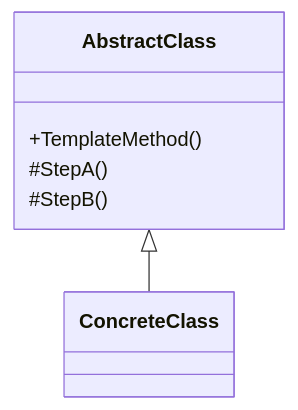
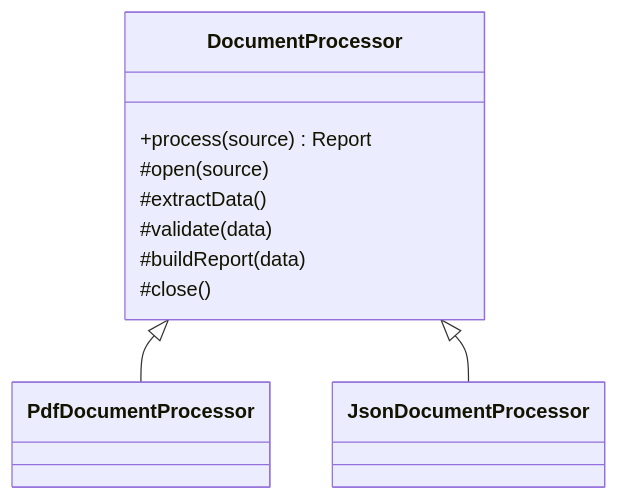
One commit to Kert0n/KPO changed the fifth of 9 diagrams in lectures/Lec5/vitepress.md. Above: the diagram before and after it, drawn with Mermaid. The commit also changed other lines of this file and 9 other files, not shown here.

````diff
--- a/lectures/Lec5/vitepress.md
+++ b/lectures/Lec5/vitepress.md
@@ -407,10 +734,17 @@
 ```mermaid
 classDiagram
-    class AbstractClass {
-        +TemplateMethod()
-        #StepA()
-        #StepB()
-    }
-    class ConcreteClass
-    AbstractClass <|-- ConcreteClass
+  class DocumentProcessor {
+    +process(source) Report
+    #open(source)
+    #extractData()
+    #validate(data)
+    #buildReport(data)
+    #close()
+  }
+
+  class PdfDocumentProcessor
+  class JsonDocumentProcessor
+
+  DocumentProcessor <|-- PdfDocumentProcessor
+  DocumentProcessor <|-- JsonDocumentProcessor
 ```
````
